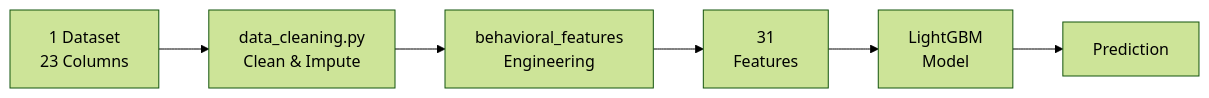
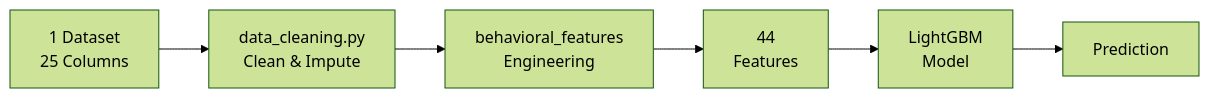
The third of 10 diagrams in ARCHITECTURE_GUIDE_COMPACT.md (walterzenia/A-smart-Loan-default-hybrid-system), drawn with Mermaid (forest theme) before and after one commit. The commit also changed other lines of this file and 9 other files, not shown here.

````diff
--- a/ARCHITECTURE_GUIDE_COMPACT.md
+++ b/ARCHITECTURE_GUIDE_COMPACT.md
@@ -60,8 +60,8 @@
 ```mermaid
 graph LR
-    A[1 Dataset<br/>23 Columns] --> A1[data_cleaning.py<br/>Clean & Impute]
+    A[1 Dataset<br/>25 Columns] --> A1[data_cleaning.py<br/>Clean & Impute]
     A1 --> B[behavioral_features<br/>Engineering]
-    B --> C[31<br/>Features]
+    B --> C[44<br/>Features]
     C --> D[LightGBM<br/>Model]
     D --> E[Prediction]
 ```
````
